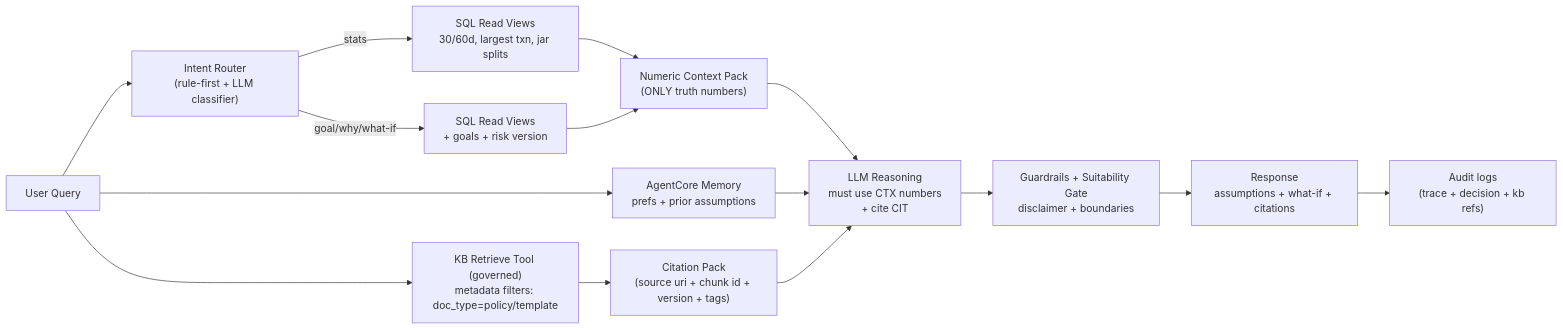
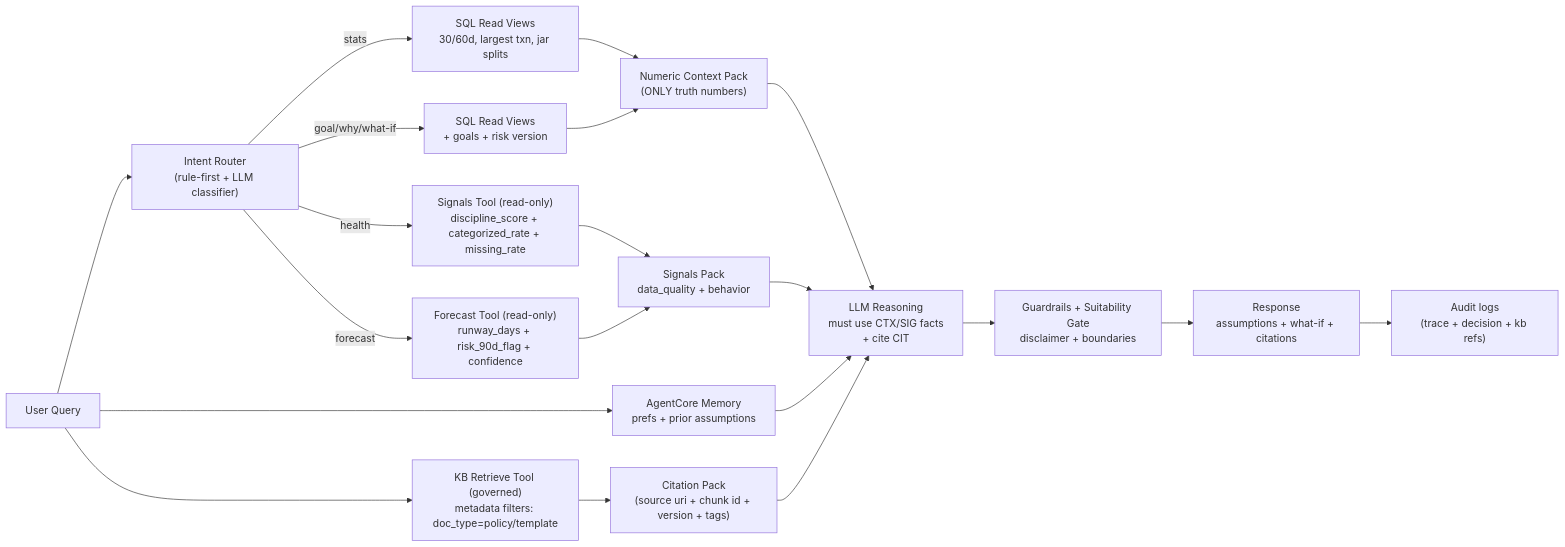
Before and after one commit to thphuc06/swin_hackathon: the third of 9 diagrams in PROJECT_STACK.md, drawn with Mermaid. The commit also changed other lines of this file and 2 other files, not shown here.

Commit message:
update documentary of tech_stack + Agent flow

````diff
--- a/PROJECT_STACK.md
+++ b/PROJECT_STACK.md
@@ -271,23 +323,29 @@
 ```mermaid
 flowchart LR
   Q["User Query"] --> IR["Intent Router<br/>(rule-first + LLM classifier)"]
 
   IR -->|stats| SQL1["SQL Read Views<br/>30/60d, largest txn, jar splits"]
   IR -->|goal/why/what-if| SQL2["SQL Read Views<br/>+ goals + risk version"]
+  IR -->|health| SIGT["Signals Tool (read-only)<br/>discipline_score + categorized_rate + missing_rate"]
+  IR -->|forecast| F90["Forecast Tool (read-only)<br/>runway_days + risk_90d_flag + confidence"]
 
   SQL1 --> CTX["Numeric Context Pack<br/>(ONLY truth numbers)"]
   SQL2 --> CTX
+
+  SIGT --> SIG["Signals Pack<br/>data_quality + behavior"]
+  F90 --> SIG
 
   Q --> MEM["AgentCore Memory<br/>prefs + prior assumptions"]
 
   Q --> KBTOOL["KB Retrieve Tool (governed)<br/>metadata filters: doc_type=policy/template"]
   KBTOOL --> CIT["Citation Pack<br/>(source uri + chunk id + version + tags)"]
 
-  CTX --> REASON["LLM Reasoning<br/>must use CTX numbers<br/>+ cite CIT"]
+  CTX --> REASON["LLM Reasoning<br/>must use CTX/SIG facts<br/>+ cite CIT"]
+  SIG --> REASON
   MEM --> REASON
   CIT --> REASON
 
   REASON --> SAFE["Guardrails + Suitability Gate<br/>disclaimer + boundaries"]
   SAFE --> RESP["Response<br/>assumptions + what-if + citations"]
   RESP --> AUD["Audit logs<br/>(trace + decision + kb refs)"]
 ```
````
